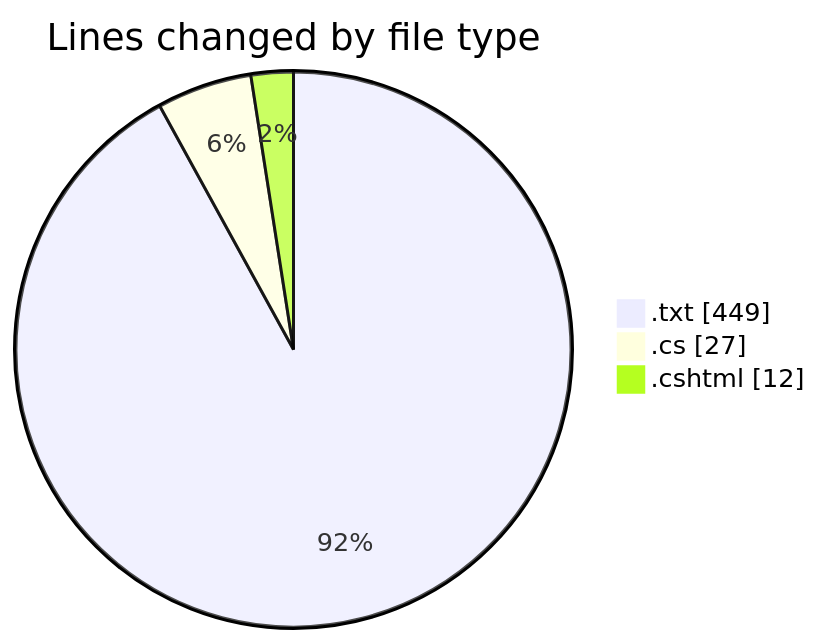
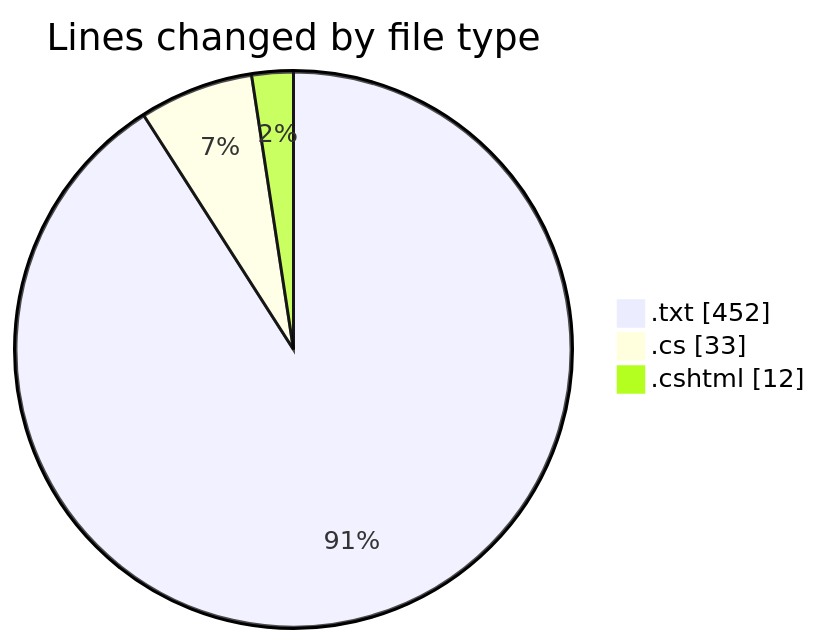
One commit to lephambinh05/code-tracking changed the first of 2 diagrams in 2025-07-26/quanlyrapchieuphim-1/README.md. Above: the diagram before and after it, drawn with Mermaid. The commit also changed other lines of this file and 1 other file, not shown here.

````diff
--- a/2025-07-26/quanlyrapchieuphim-1/README.md
+++ b/2025-07-26/quanlyrapchieuphim-1/README.md
@@ -23,7 +24,7 @@
 ```mermaid
 pie showData
 title Lines changed by file type
-".txt" : 449
-".cs" : 27
+".txt" : 452
+".cs" : 33
 ".cshtml" : 12
 ```
````
